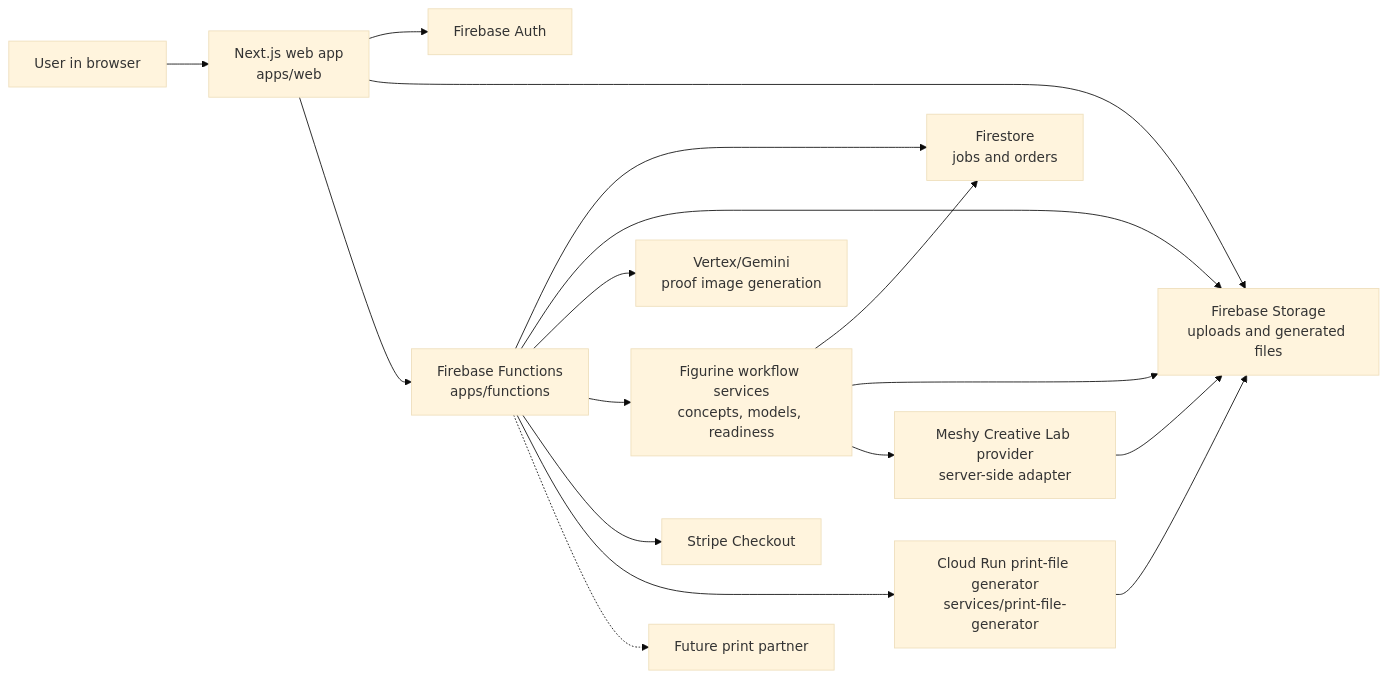
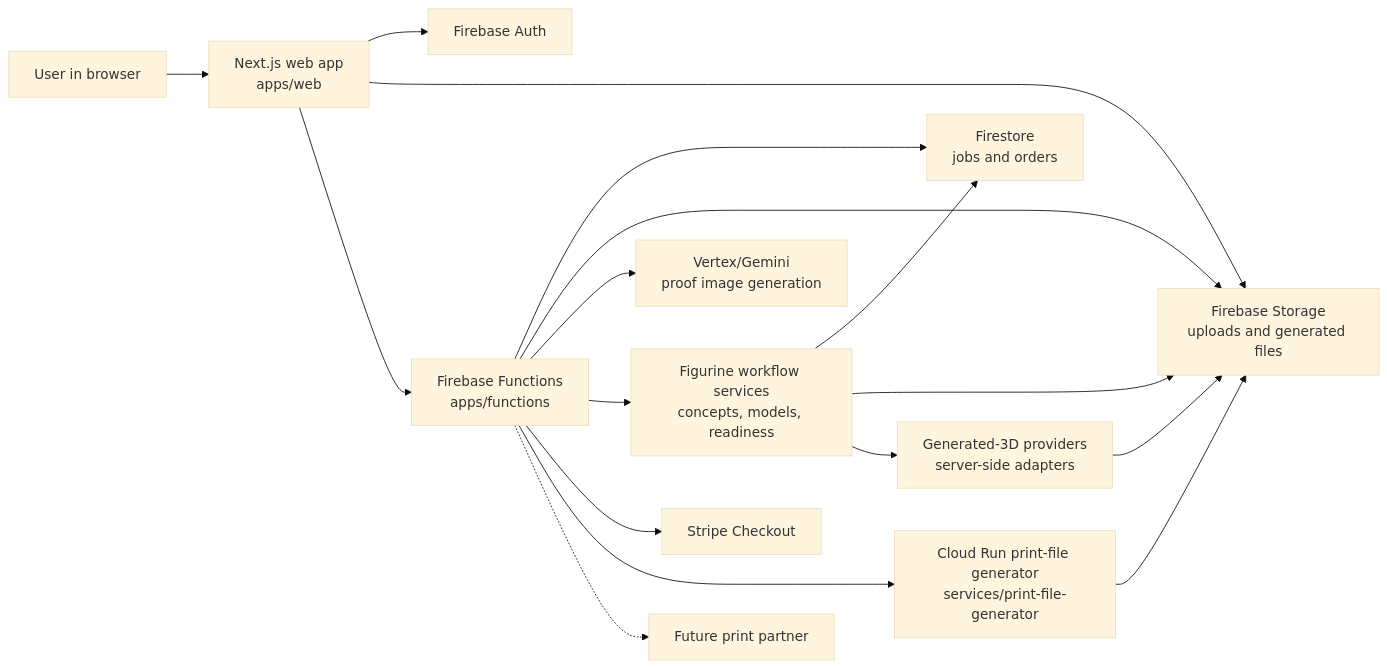
Before and after one commit to KielRN/3dprintposters: the first of 3 diagrams in README.md, drawn with Mermaid (base theme). The commit also changed other lines of this file and 13 other files, not shown here.

````diff
--- a/README.md
+++ b/README.md
@@ -60,32 +60,32 @@
 ```mermaid
 flowchart LR
   User["User in browser"]
   Web["Next.js web app<br/>apps/web"]
   Auth["Firebase Auth"]
   Storage["Firebase Storage<br/>uploads and generated files"]
   Firestore["Firestore<br/>jobs and orders"]
   Functions["Firebase Functions<br/>apps/functions"]
   AI["Vertex/Gemini<br/>proof image generation"]
   FigurineSvc["Figurine workflow services<br/>concepts, models, readiness"]
-  Provider["Meshy Creative Lab provider<br/>server-side adapter"]
+  Provider["Generated-3D providers<br/>server-side adapters"]
   Stripe["Stripe Checkout"]
   Print["Cloud Run print-file generator<br/>services/print-file-generator"]
   Fulfillment["Future print partner"]
 
   User --> Web
   Web --> Auth
   Web --> Storage
   Web --> Functions
   Functions --> Firestore
   Functions --> Storage
   Functions --> AI
   Functions --> FigurineSvc
   FigurineSvc --> Firestore
   FigurineSvc --> Storage
   FigurineSvc --> Provider
   Functions --> Stripe
   Functions --> Print
   Provider --> Storage
   Print --> Storage
   Functions -.-> Fulfillment
 ```
````
